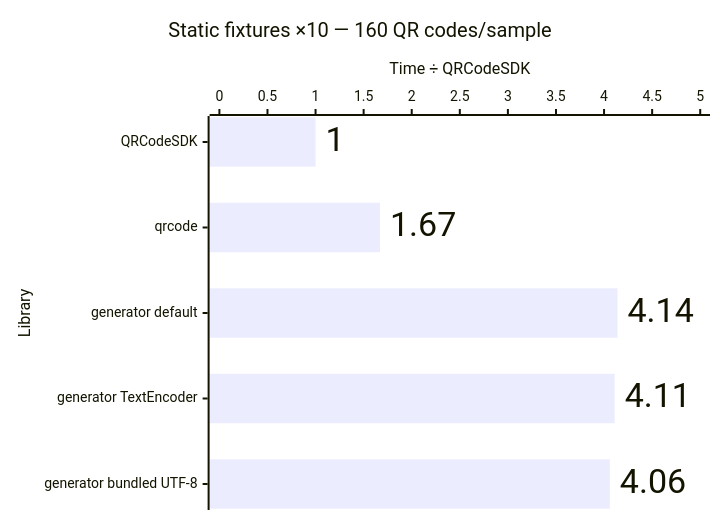
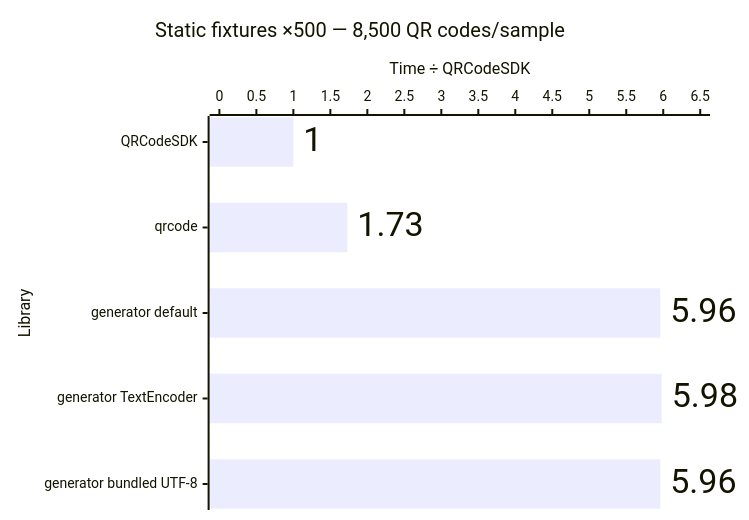
Before and after one commit to Dafnik/qrcodesdk: the third of 11 diagrams in apps/docs/src/content/docs/learn/performance.md, drawn with Mermaid. The commit also changed other lines of this file and 23 other files, not shown here.

````diff
--- a/apps/docs/src/content/docs/learn/performance.md
+++ b/apps/docs/src/content/docs/learn/performance.md
@@ -58,15 +58,15 @@
 ```mermaid
 ---
 config:
   xyChart:
     showDataLabel: true
     showDataLabelOutsideBar: true
 ---
 xychart horizontal
-  accTitle: Matrix generation: Static fixtures ×10 — 160 QR codes/sample
-  accDescr: Relative median time compared with QRCodeSDK. QRCodeSDK 1.00 times, qrcode 1.67 times, generator default 4.14 times, generator TextEncoder 4.11 times, generator bundled UTF-8 4.06 times. Lower is better.
-  title "Static fixtures ×10 — 160 QR codes/sample"
+  accTitle: Matrix generation: Static fixtures ×500 — 8,500 QR codes/sample
+  accDescr: Relative median time compared with QRCodeSDK. QRCodeSDK 1.00 times, qrcode 1.73 times, generator default 5.96 times, generator TextEncoder 5.98 times, generator bundled UTF-8 5.96 times. Lower is better.
+  title "Static fixtures ×500 — 8,500 QR codes/sample"
   x-axis "Library" ["QRCodeSDK", "qrcode", "generator default", "generator TextEncoder", "generator bundled UTF-8"]
-  y-axis "Time ÷ QRCodeSDK" 0 --> 5.0
-  bar [1.00, 1.67, 4.14, 4.11, 4.06]
+  y-axis "Time ÷ QRCodeSDK" 0 --> 6.5
+  bar [1.00, 1.73, 5.96, 5.98, 5.96]
 ```
````
